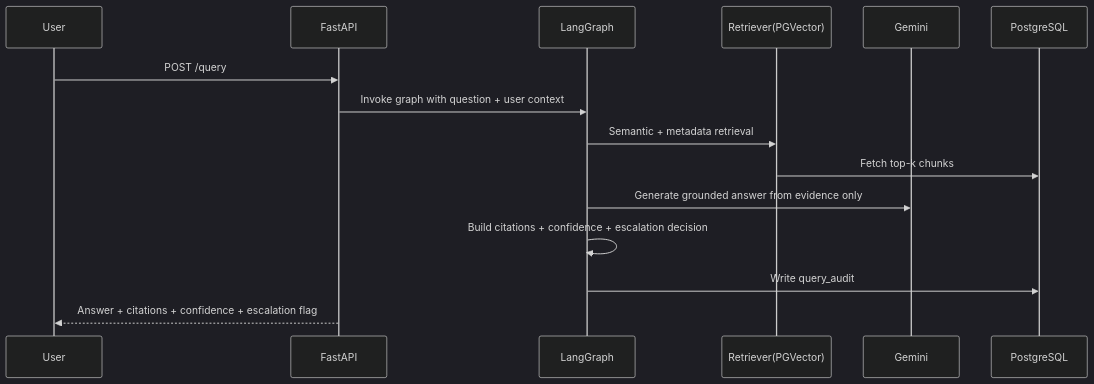
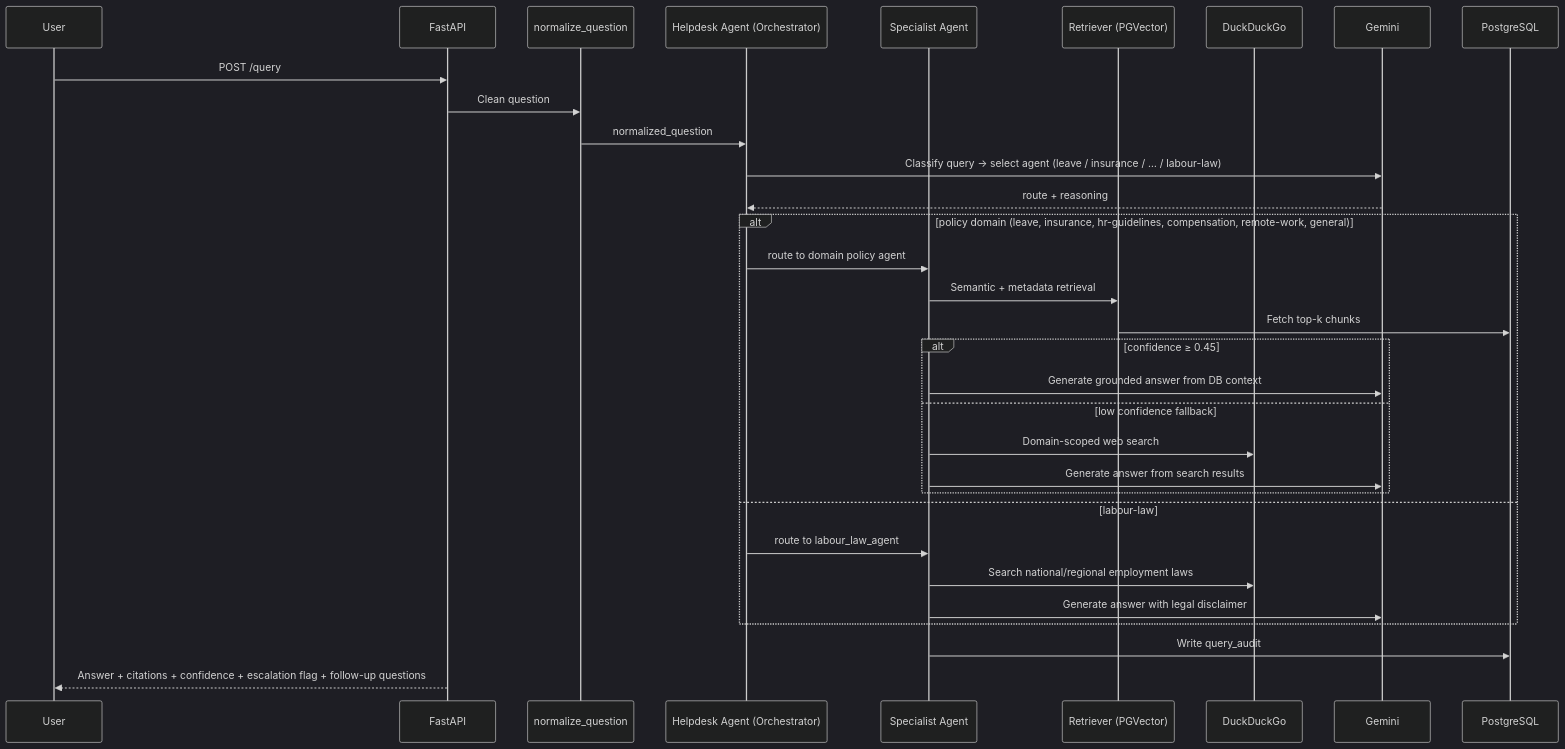
Before and after one commit to BatheAbhinav/genai_HR: the third of 3 diagrams in README.md, drawn with Mermaid (dark theme). The commit also changed other lines of this file and 90 other files, not shown here.

````diff
--- a/README.md
+++ b/README.md
@@ -98,18 +229,37 @@
 ```mermaid
 sequenceDiagram
     participant User
     participant API as FastAPI
-    participant Graph as LangGraph
-    participant Ret as Retriever(PGVector)
+    participant Norm as normalize_question
+    participant Orch as Helpdesk Agent (Orchestrator)
+    participant Spec as Specialist Agent
+    participant Ret as Retriever (PGVector)
+    participant Web as DuckDuckGo
     participant LLM as Gemini
     participant DB as PostgreSQL
 
     User->>API: POST /query
-    API->>Graph: Invoke graph with question + user context
-    Graph->>Ret: Semantic + metadata retrieval
-    Ret->>DB: Fetch top-k chunks
-    Graph->>LLM: Generate grounded answer from evidence only
-    Graph->>Graph: Build citations + confidence + escalation decision
-    Graph->>DB: Write query_audit
-    API-->>User: Answer + citations + confidence + escalation flag
+    API->>Norm: Clean question
+    Norm->>Orch: normalized_question
+    Orch->>LLM: Classify query → select agent (leave / insurance / … / labour-law)
+    LLM-->>Orch: route + reasoning
+
+    alt policy domain (leave, insurance, hr-guidelines, compensation, remote-work, general)
+        Orch->>Spec: route to domain policy agent
+        Spec->>Ret: Semantic + metadata retrieval
+        Ret->>DB: Fetch top-k chunks
+        alt confidence ≥ 0.45
+            Spec->>LLM: Generate grounded answer from DB context
+        else low confidence fallback
+            Spec->>Web: Domain-scoped web search
+            Spec->>LLM: Generate answer from search results
+        end
+    else labour-law
+        Orch->>Spec: route to labour_law_agent
+        Spec->>Web: Search national/regional employment laws
+        Spec->>LLM: Generate answer with legal disclaimer
+    end
+
+    Spec->>DB: Write query_audit
+    API-->>User: Answer + citations + confidence + escalation flag + follow-up questions
 ```
````
